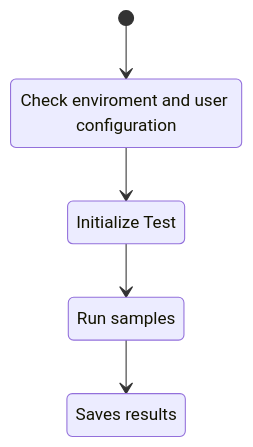
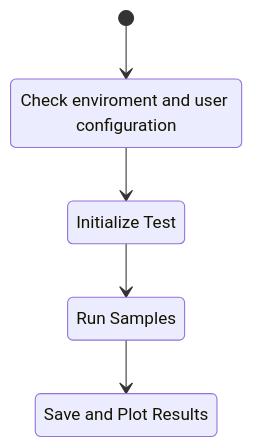
Before and after one commit to bspena/Comunications-Mechanisms-Comparison-on-FPGA: the diagram in impl/README.md, drawn with Mermaid. The commit also changed 8 other files, not shown here.

````diff
--- a/impl/README.md
+++ b/impl/README.md
@@ -16,12 +16,12 @@
 ```mermaid
 stateDiagram-v2
     s1: Check enviroment and user configuration
     s2: Initialize Test
-    s3: Run samples
-    s4: Saves results
+    s3: Run Samples
+    s4: Save and Plot Results
         
         [*] --> s1
         s1 --> s2
         s2 --> s3
         s3 --> s4
 ```
````
